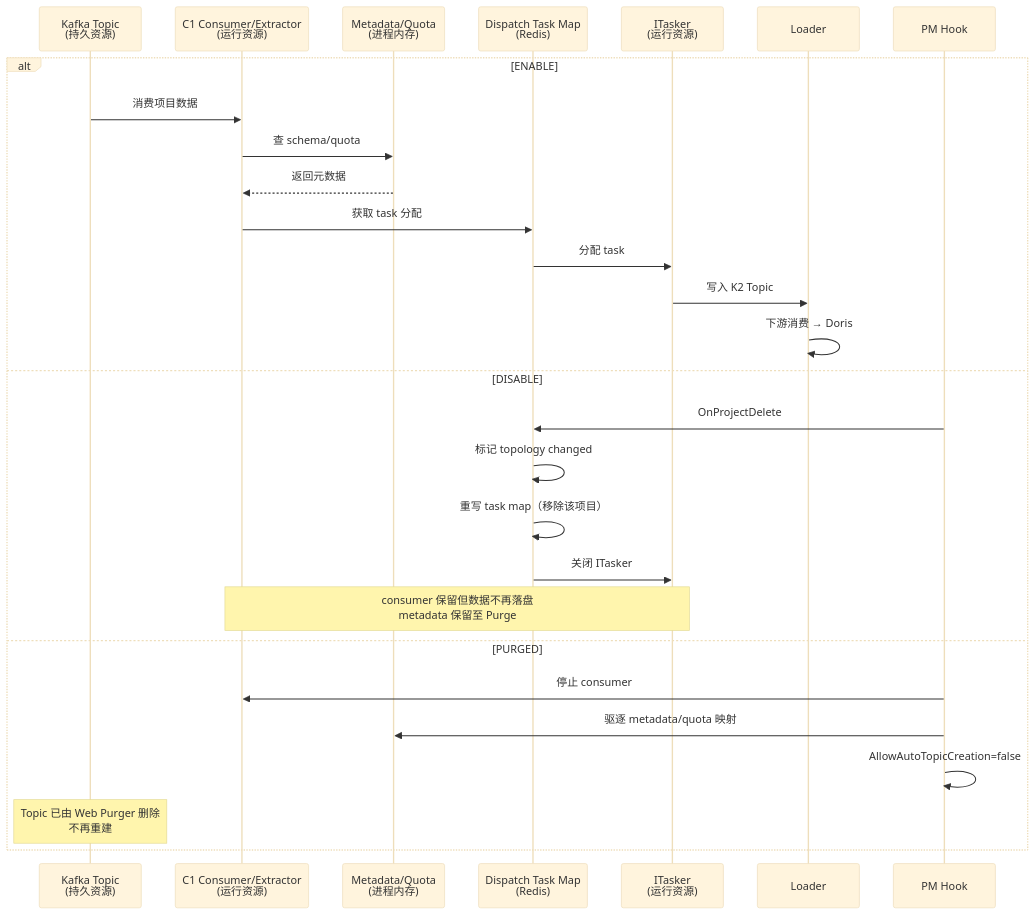
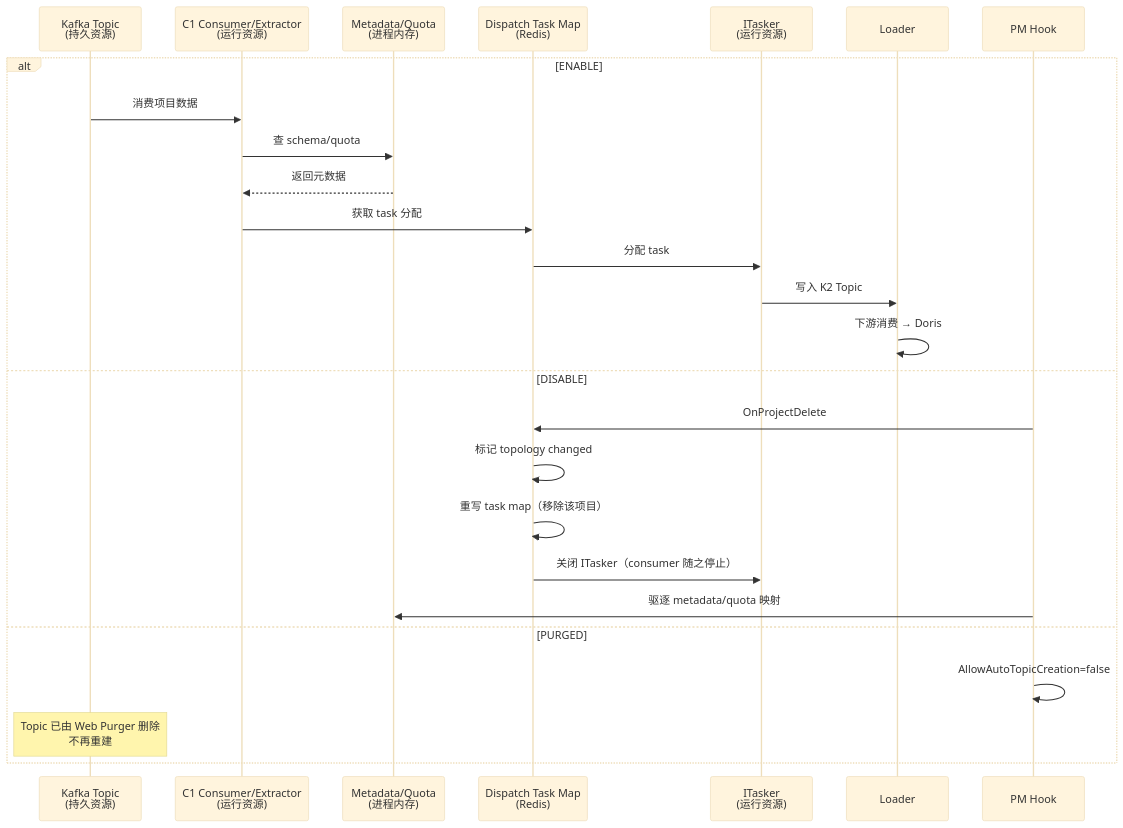
One commit to qinwenshiCH/workflow changed diagram 18 of 21 in specs/20260716-Wave-Refac-OrganizationProjectLifecycle/04-detail.md. Above: the diagram before and after it, drawn with Mermaid (base theme). The commit also changed other lines of this file and 2 other files, not shown here.

First line of the commit message:
fix: 按实际代码修正全部组件的生命周期文档 — 资源台账/生命周期图/流量变化图/PM改动

````diff
--- a/specs/20260716-Wave-Refac-OrganizationProjectLifecycle/04-detail.md
+++ b/specs/20260716-Wave-Refac-OrganizationProjectLifecycle/04-detail.md
@@ -1282,31 +1190,29 @@
 ```mermaid
 sequenceDiagram
     participant T as Kafka Topic<br/>(持久资源)
     participant C as C1 Consumer/Extractor<br/>(运行资源)
     participant M as Metadata/Quota<br/>(进程内存)
     participant D as Dispatch Task Map<br/>(Redis)
     participant I as ITasker<br/>(运行资源)
     participant L as Loader
     participant H as PM Hook
 
     alt ENABLE
         T->>C: 消费项目数据
         C->>M: 查 schema/quota
         M-->>C: 返回元数据
         C->>D: 获取 task 分配
         D->>I: 分配 task
         I->>L: 写入 K2 Topic
         L->>L: 下游消费 → Doris
     else DISABLE
         H->>D: OnProjectDelete
         D->>D: 标记 topology changed
         D->>D: 重写 task map（移除该项目）
-        D->>I: 关闭 ITasker
-        Note over C,I: consumer 保留但数据不再落盘<br/>metadata 保留至 Purge
+        D->>I: 关闭 ITasker（consumer 随之停止）
+        H->>M: 驱逐 metadata/quota 映射
     else PURGED
-        H->>C: 停止 consumer
-        H->>M: 驱逐 metadata/quota 映射
         H->>H: AllowAutoTopicCreation=false
         Note over T: Topic 已由 Web Purger 删除<br/>不再重建
     end
 ```
````
